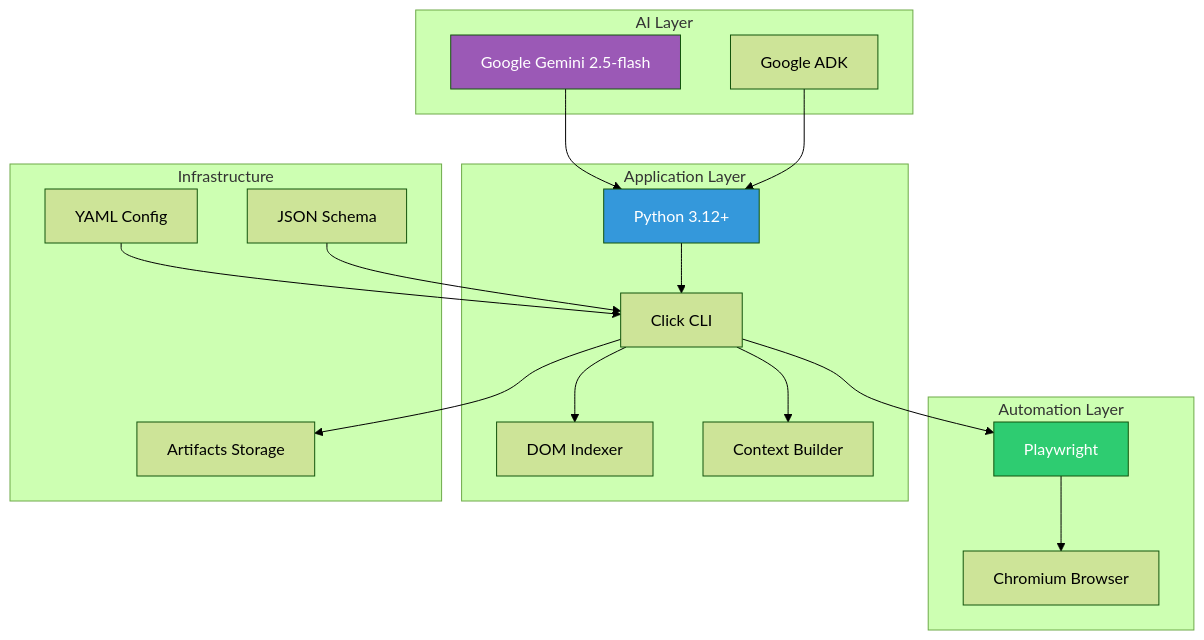
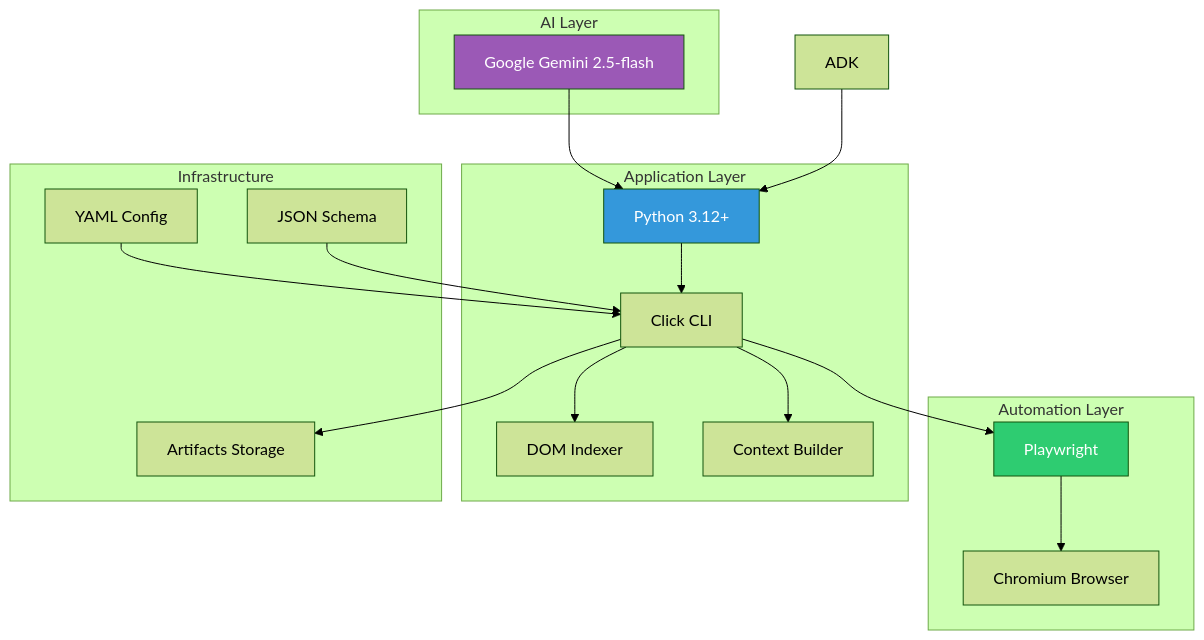
Before and after one commit to BoraTumer/ui-test-agent: diagram 14 of 15 in ARCHITECTURE.md, drawn with Mermaid (forest theme). The commit also changed other lines of this file and 10 other files, not shown here.

````diff
--- a/ARCHITECTURE.md
+++ b/ARCHITECTURE.md
@@ -561,41 +517,40 @@
 ```mermaid
 graph TB
     subgraph "AI Layer"
         GEMINI[Google Gemini 2.5-flash]
-        ADK[Google ADK]
     end
     
     subgraph "Automation Layer"
         PLAYWRIGHT[Playwright]
         CHROMIUM[Chromium Browser]
     end
     
     subgraph "Application Layer"
         PYTHON[Python 3.12+]
         CLI_APP[Click CLI]
         DOM_LIB[DOM Indexer]
         CONTEXT_LIB[Context Builder]
     end
     
     subgraph "Infrastructure"
         YAML_CONFIG[YAML Config]
         JSON_SCHEMA[JSON Schema]
         ARTIFACTS[Artifacts Storage]
     end
     
     GEMINI --> PYTHON
     ADK --> PYTHON
     PLAYWRIGHT --> CHROMIUM
     PYTHON --> CLI_APP
     CLI_APP --> DOM_LIB
     CLI_APP --> CONTEXT_LIB
     CLI_APP --> PLAYWRIGHT
     
     YAML_CONFIG --> CLI_APP
     JSON_SCHEMA --> CLI_APP
     CLI_APP --> ARTIFACTS
     
     style GEMINI fill:#9b59b6,color:#fff
     style PLAYWRIGHT fill:#2ecc71,color:#fff
     style PYTHON fill:#3498db,color:#fff
 ```
````
